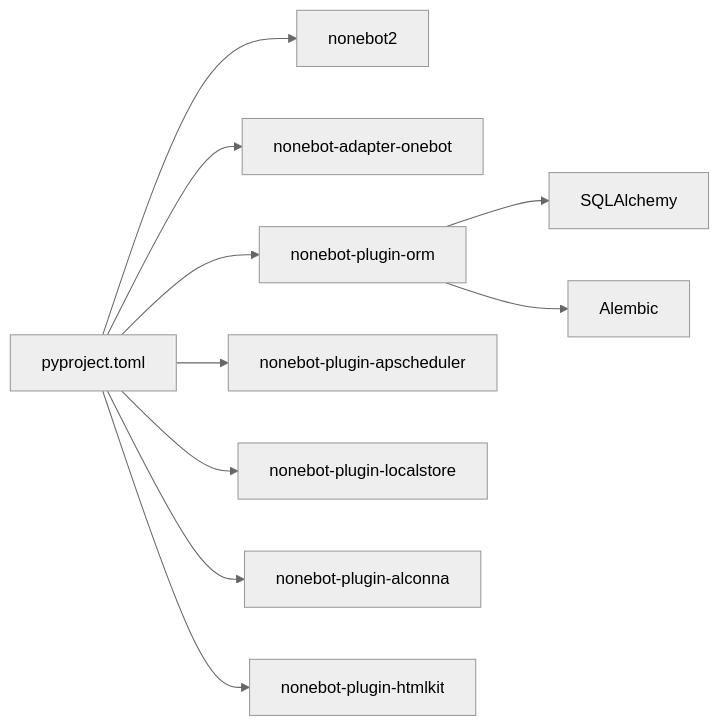
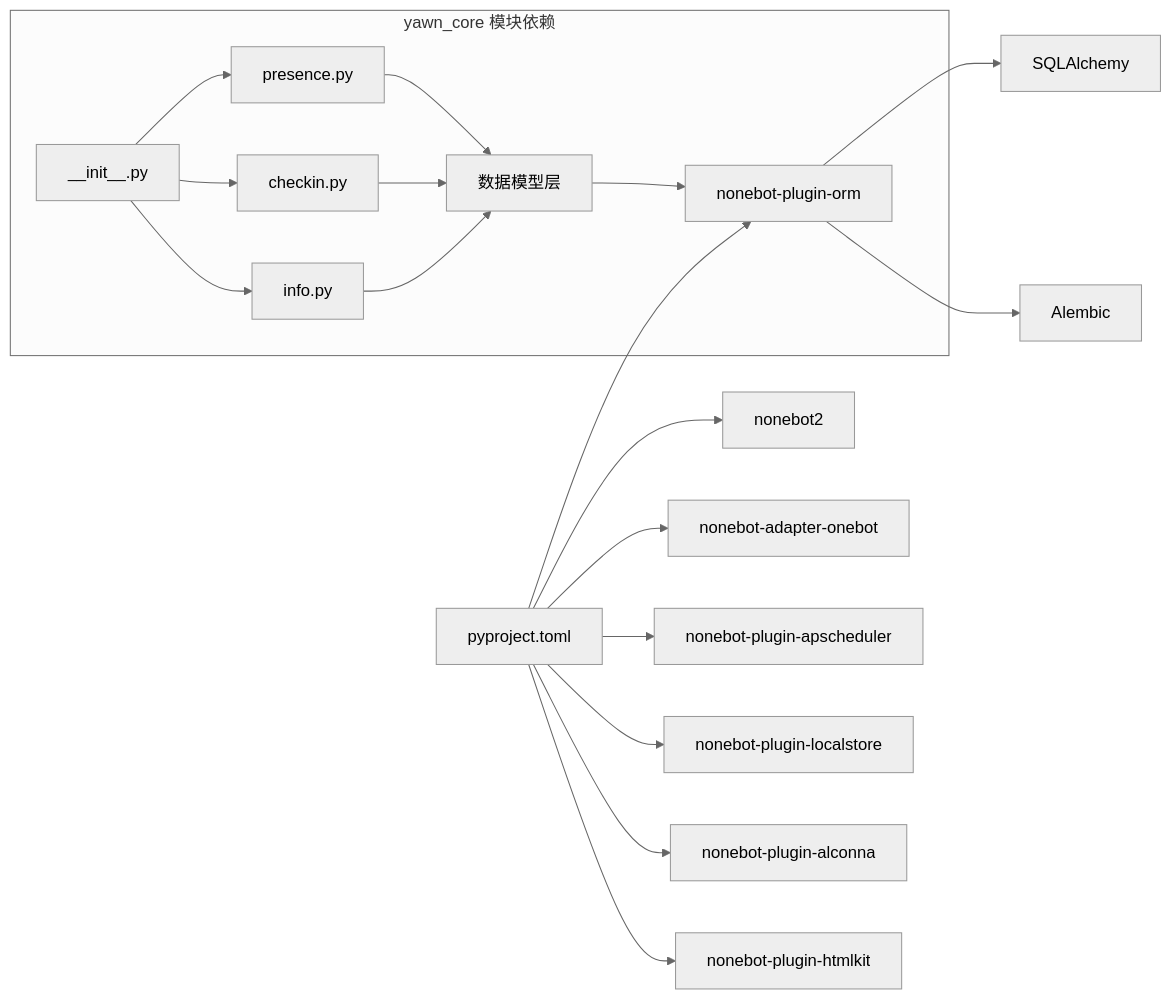
One commit to Wohaokunr/yawn_bot changed the seventh of 7 diagrams in .qoder/repowiki/zh/content/架构设计/组件交互模式.md. Above: the diagram before and after it, drawn with Mermaid (neutral theme). The commit also changed other lines of this file and 13 other files, not shown here.

````diff
--- a/.qoder/repowiki/zh/content/架构设计/组件交互模式.md
+++ b/.qoder/repowiki/zh/content/架构设计/组件交互模式.md
@@ -326,12 +370,21 @@
 ```mermaid
 graph LR
 P["pyproject.toml"] --> N2["nonebot2"]
 P --> OB["nonebot-adapter-onebot"]
 P --> ORM["nonebot-plugin-orm"]
 P --> APS["nonebot-plugin-apscheduler"]
 P --> LS["nonebot-plugin-localstore"]
 P --> AL["nonebot-plugin-alconna"]
 P --> HK["nonebot-plugin-htmlkit"]
 ORM --> SA["SQLAlchemy"]
 ORM --> AB["Alembic"]
+subgraph "yawn_core 模块依赖"
+INIT["__init__.py"] --> PRESENCE["presence.py"]
+INIT --> CHECKIN["checkin.py"]
+INIT --> INFO["info.py"]
+PRESENCE --> MODELS["数据模型层"]
+CHECKIN --> MODELS
+INFO --> MODELS
+MODELS --> ORM
+end
 ```
````
